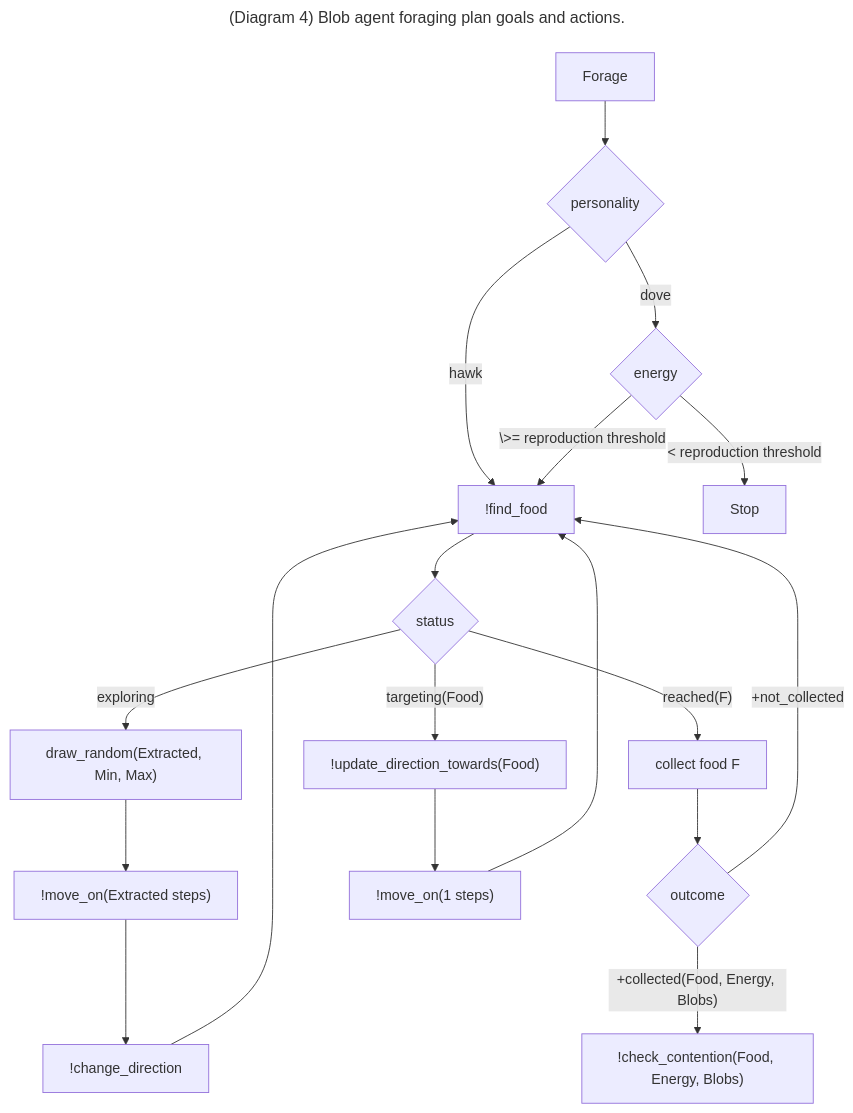
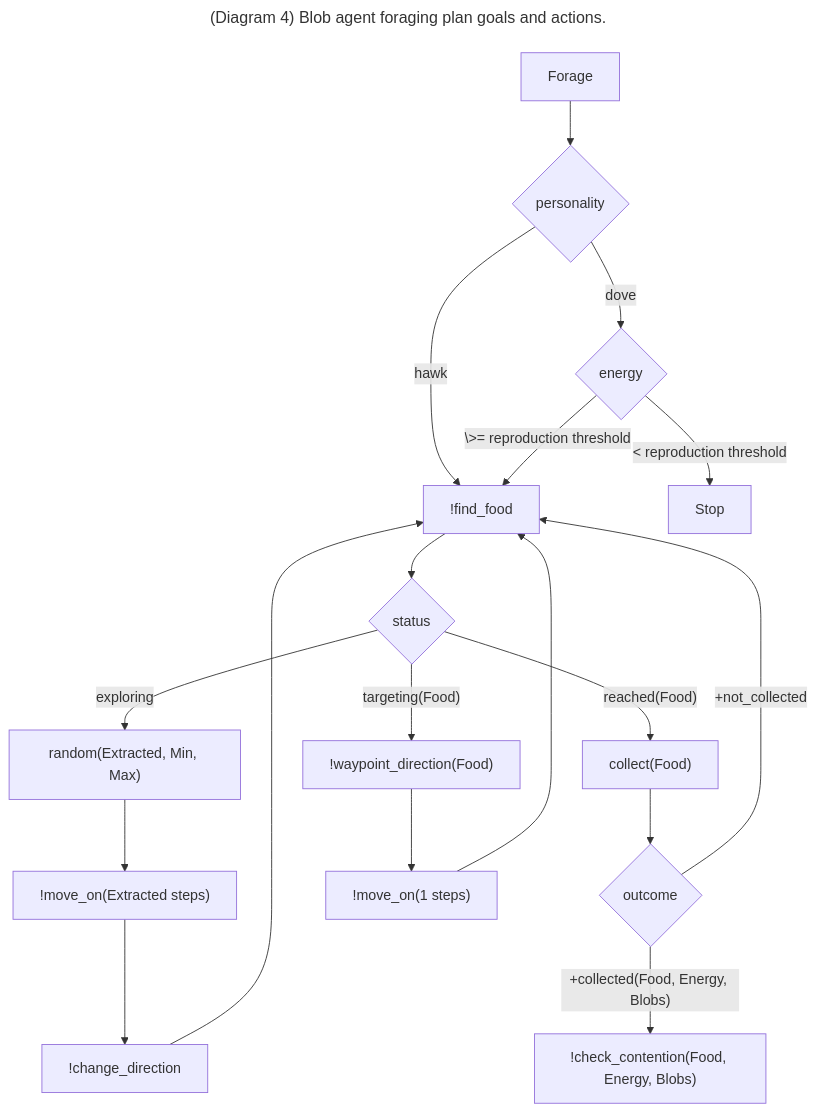
Before and after one commit to giovaz94/isee-project-2023-2024: the fourth of 5 diagrams in docs/report.md, drawn with Mermaid. The commit also changed other lines of this file and 28 other files, not shown here.

````diff
--- a/docs/report.md
+++ b/docs/report.md
@@ -329,30 +328,30 @@
 ```mermaid
 ---
 title: (Diagram 4) Blob agent foraging plan goals and actions.
 ---
 graph TD
     A["Forage"] --> Z{"personality"}
 
     Z -- "dove" --> B{"energy"}
 
     Z -- "hawk" --> C
 
     B -- "\>= reproduction threshold" --> C["!find_food"]
     C --> D{"status"}
 
-    D -- "exploring" --> E0["draw_random(Extracted, Min, Max)"]
+    D -- "exploring" --> E0["random(Extracted, Min, Max)"]
     E0 --> E1["!move_on(Extracted steps)"]
     E1 --> F["!change_direction"]
     F --> C
 
-    D -- "reached(F)" --> I["collect food F"]
+    D -- "reached(Food)" --> I["collect(Food)"]
     I --> L{"outcome"}
     L -- "+collected(Food, Energy, Blobs)" --> M["!check_contention(Food, Energy, Blobs)"]
     L -- "+not_collected" --> C
 
-    D -- "targeting(Food)" --> G["!update_direction_towards(Food)"]
+    D -- "targeting(Food)" --> G["!waypoint_direction(Food)"]
     G --> H["!move_on(1 steps)"]
     H --> C
 
     B -- "< reproduction threshold" --> J["Stop"]
 ```
````
